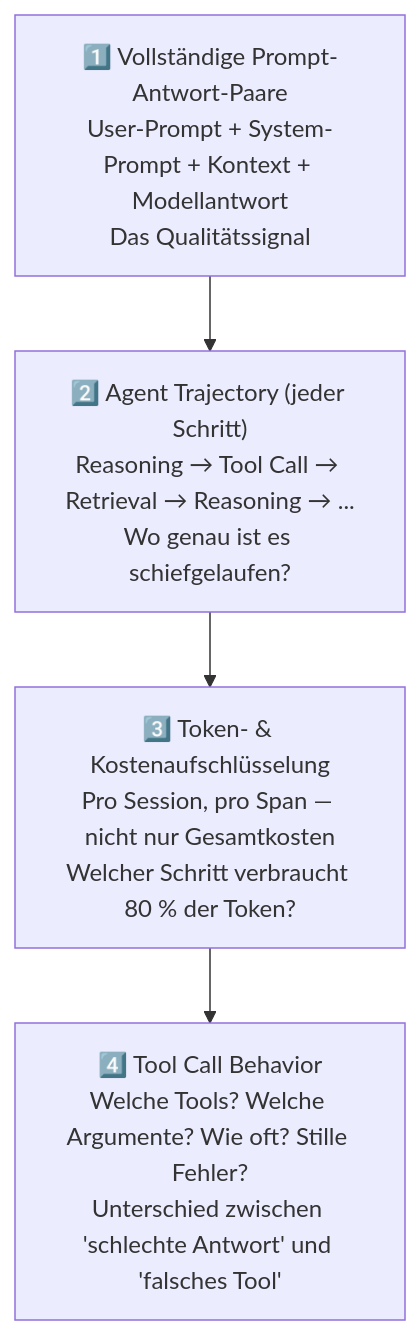
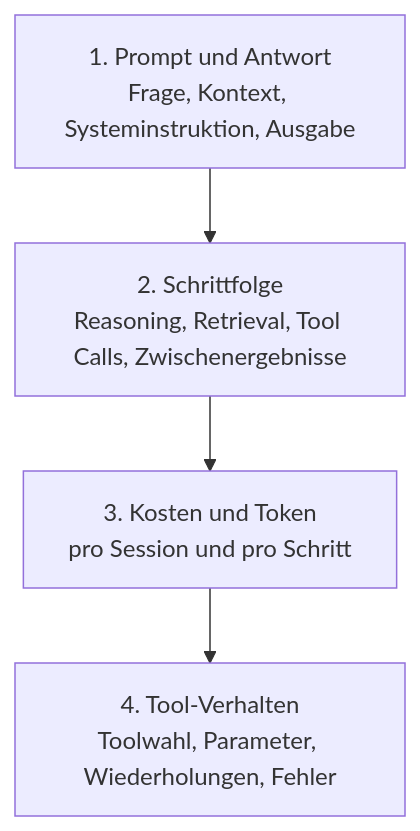
Before and after one commit to ralf-42/Agenten: the first of 2 diagrams in docs/concepts/Evaluation_Observability.md, drawn with Mermaid. The commit also changed other lines of this file and 15 other files, not shown here.

````diff
--- a/docs/concepts/Evaluation_Observability.md
+++ b/docs/concepts/Evaluation_Observability.md
@@ -41,9 +70,9 @@
 ```mermaid
 flowchart TB
-    L1["1️⃣ Vollständige Prompt-Antwort-Paare\nUser-Prompt + System-Prompt + Kontext + Modellantwort\nDas Qualitätssignal"]
-    L2["2️⃣ Agent Trajectory (jeder Schritt)\nReasoning → Tool Call → Retrieval → Reasoning → ...\nWo genau ist es schiefgelaufen?"]
-    L3["3️⃣ Token- & Kostenaufschlüsselung\nPro Session, pro Span — nicht nur Gesamtkosten\nWelcher Schritt verbraucht 80 % der Token?"]
-    L4["4️⃣ Tool Call Behavior\nWelche Tools? Welche Argumente? Wie oft? Stille Fehler?\nUnterschied zwischen 'schlechte Antwort' und 'falsches Tool'"]
+    L1["1. Prompt und Antwort\nFrage, Kontext, Systeminstruktion, Ausgabe"]
+    L2["2. Schrittfolge\nReasoning, Retrieval, Tool Calls, Zwischenergebnisse"]
+    L3["3. Kosten und Token\npro Session und pro Schritt"]
+    L4["4. Tool-Verhalten\nToolwahl, Parameter, Wiederholungen, Fehler"]
 
     L1 --> L2 --> L3 --> L4
 ```
````
